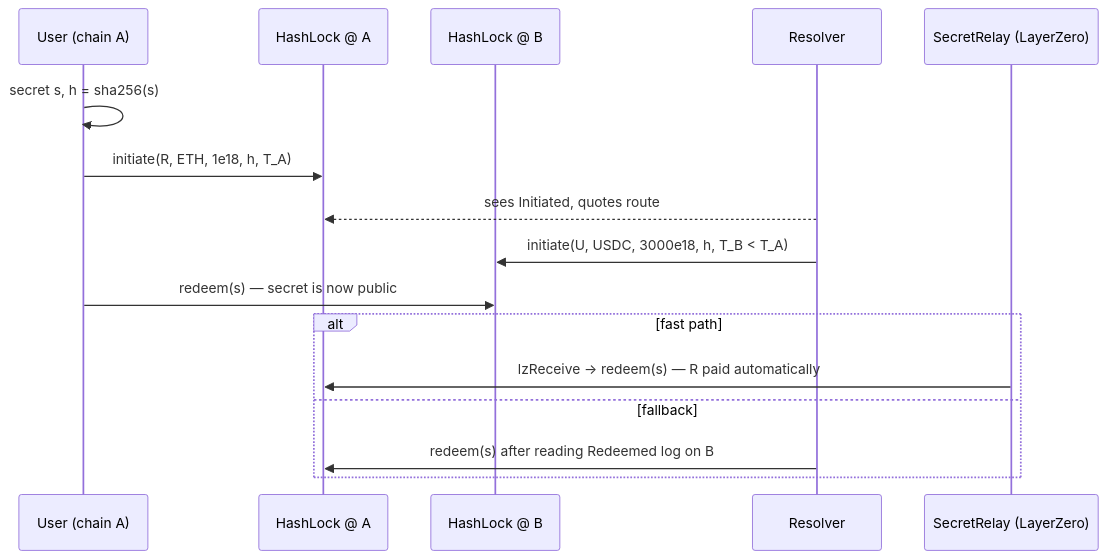
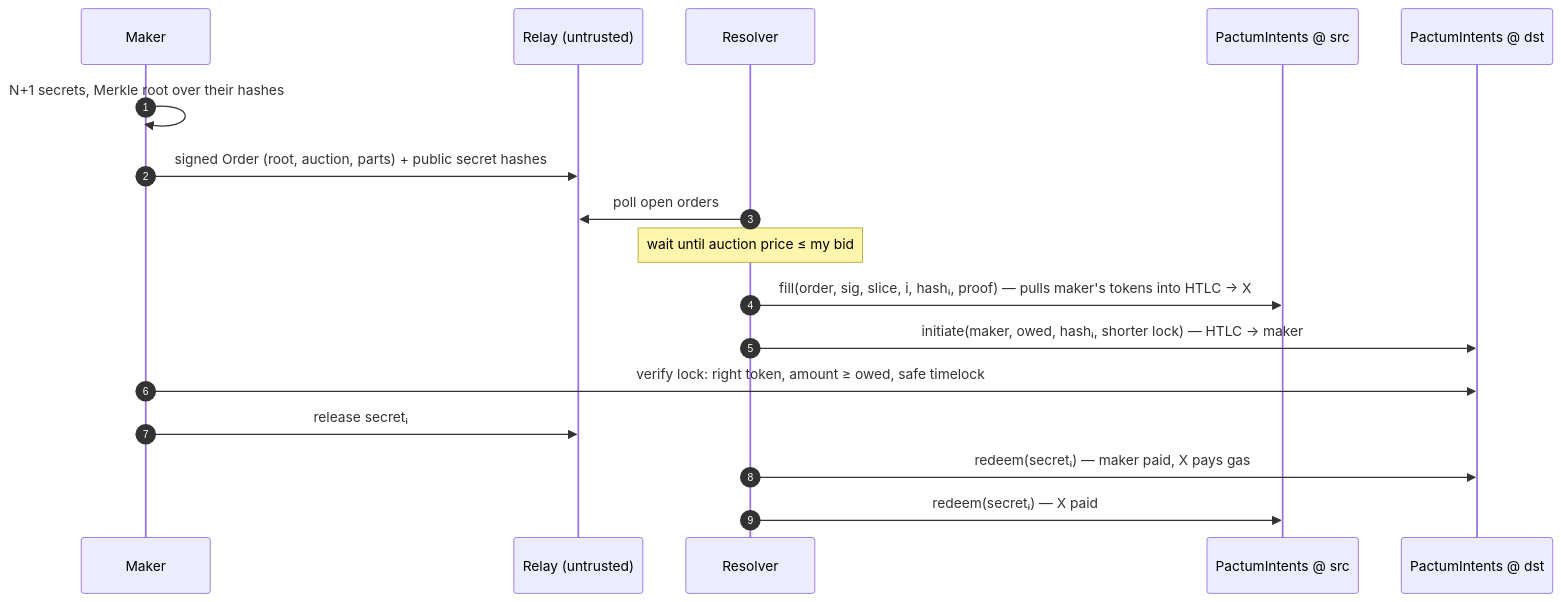
One commit to shaikyajash/pactum changed the diagram in README.md. Above: the diagram before and after it, drawn with Mermaid. The commit also changed other lines of this file, not shown here.

Commit message:
docs: README for gasless intents and the Rust stack

````diff
--- a/README.md
+++ b/README.md
@@ -19,19 +20,20 @@
 ```mermaid
 sequenceDiagram
-    participant U as User (chain A)
-    participant A as HashLock @ A
-    participant B as HashLock @ B
-    participant R as Resolver
-    participant L as SecretRelay (LayerZero)
+    autonumber
+    participant M as Maker
+    participant R as Relay (untrusted)
+    participant X as Resolver
+    participant A as PactumIntents @ src
+    participant B as PactumIntents @ dst
 
-    U->>U: secret s, h = sha256(s)
-    U->>A: initiate(R, ETH, 1e18, h, T_A)
-    R-->>A: sees Initiated, quotes route
-    R->>B: initiate(U, USDC, 3000e18, h, T_B < T_A)
-    U->>B: redeem(s)  — secret is now public
-    alt fast path
-        L->>A: lzReceive → redeem(s)  — R paid automatically
-    else fallback
-        R->>A: redeem(s) after reading Redeemed log on B
-    end
+    M->>M: N+1 secrets, Merkle root over their hashes
+    M->>R: signed Order (root, auction, parts) + public secret hashes
+    X->>R: poll open orders
+    Note over X: wait until auction price ≤ my bid
+    X->>A: fill(order, sig, slice, i, hashᵢ, proof)  — pulls maker's tokens into HTLC → X
+    X->>B: initiate(maker, owed, hashᵢ, shorter lock)  — HTLC → maker
+    M->>B: verify lock: right token, amount ≥ owed, safe timelock
+    M->>R: release secretᵢ
+    X->>B: redeem(secretᵢ)  — maker paid, X pays gas
+    X->>A: redeem(secretᵢ)  — X paid
 ```
````
